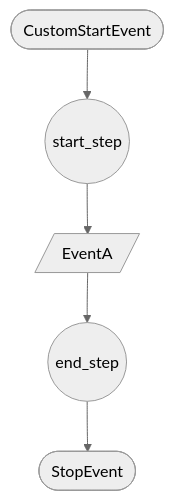
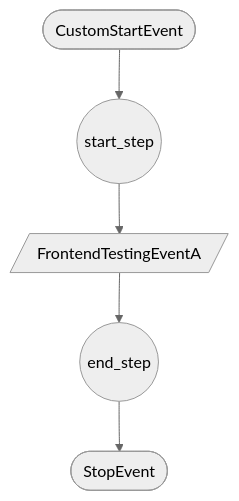
One commit to bbvch-ai/aihub-core changed the second of 5 diagrams in aihub_doc/5_agents_in_detail.md. Above: the diagram before and after it, drawn with Mermaid (neutral theme). The commit also changed other lines of this file and 13 other files, not shown here.

````diff
--- a/aihub_doc/5_agents_in_detail.md
+++ b/aihub_doc/5_agents_in_detail.md
@@ -377,9 +377,9 @@
 ```mermaid
 flowchart TD
 
     CustomStartEvent([CustomStartEvent]) --> StartStep((start_step))
-    StartStep --> EventA[/EventA/]
-    EventA --> EndStep((end_step))
+    StartStep --> FrontendTestingEventA[/FrontendTestingEventA/]
+    FrontendTestingEventA --> EndStep((end_step))
     EndStep --> StopEvent([StopEvent])
 
 ```
````
